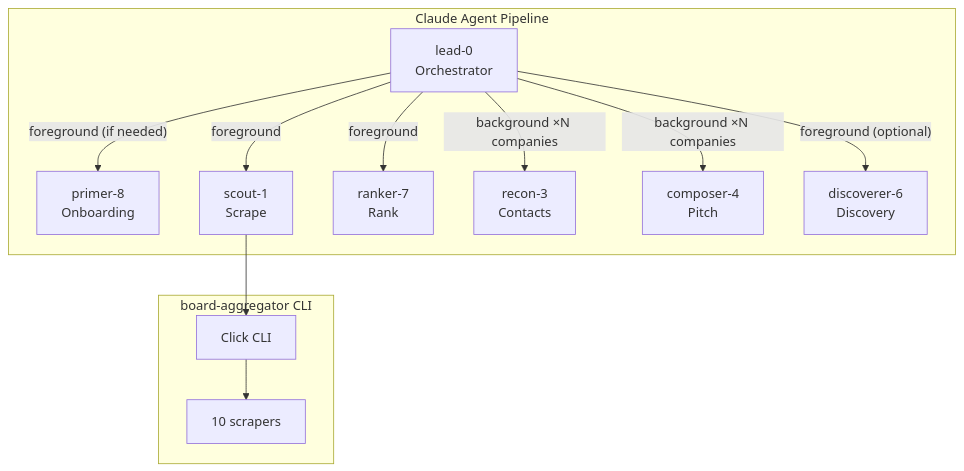
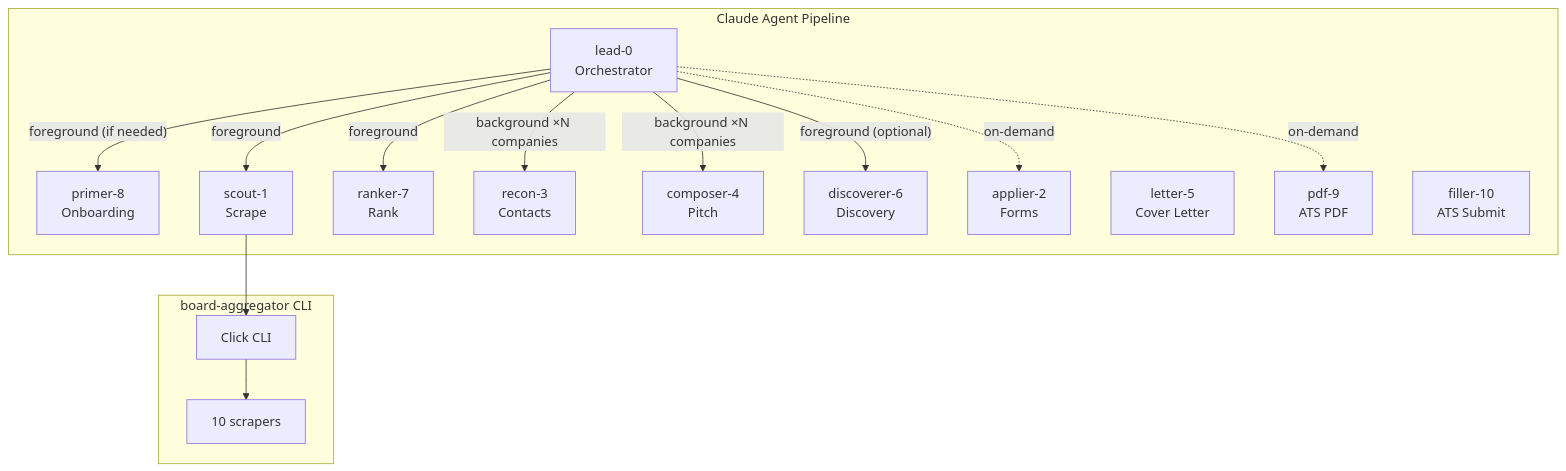
Before and after one commit to 0xquinto/agent-job-research: the diagram in README.md, drawn with Mermaid. The commit also changed other lines of this file and 1 other file, not shown here.

Commit message:
docs: sync context files — fix filler-10 description, agent count, add letter-5/filler-10 to README

````diff
--- a/README.md
+++ b/README.md
@@ -38,26 +49,32 @@
 ```mermaid
 graph TB
     subgraph Pipeline["Claude Agent Pipeline"]
         Lead[lead-0<br/>Orchestrator]
         Primer[primer-8<br/>Onboarding]
         Scout[scout-1<br/>Scrape]
         Ranker[ranker-7<br/>Rank]
         Recon[recon-3<br/>Contacts]
         Composer[composer-4<br/>Pitch]
         Discoverer[discoverer-6<br/>Discovery]
+        Applier[applier-2<br/>Forms]
+        Letter[letter-5<br/>Cover Letter]
+        PDF[pdf-9<br/>ATS PDF]
+        Filler[filler-10<br/>ATS Submit]
     end
 
     subgraph Scraper["board-aggregator CLI"]
         CLI[Click CLI]
         Scrapers["10 scrapers"]
     end
 
     Lead -->|"foreground (if needed)"| Primer
     Lead -->|foreground| Scout
     Lead -->|foreground| Ranker
     Lead -->|"background ×N companies"| Recon
     Lead -->|"background ×N companies"| Composer
     Lead -->|"foreground (optional)"| Discoverer
+    Lead -.->|on-demand| Applier
+    Lead -.->|on-demand| PDF
     Scout --> CLI
     CLI --> Scrapers
 ```
````
